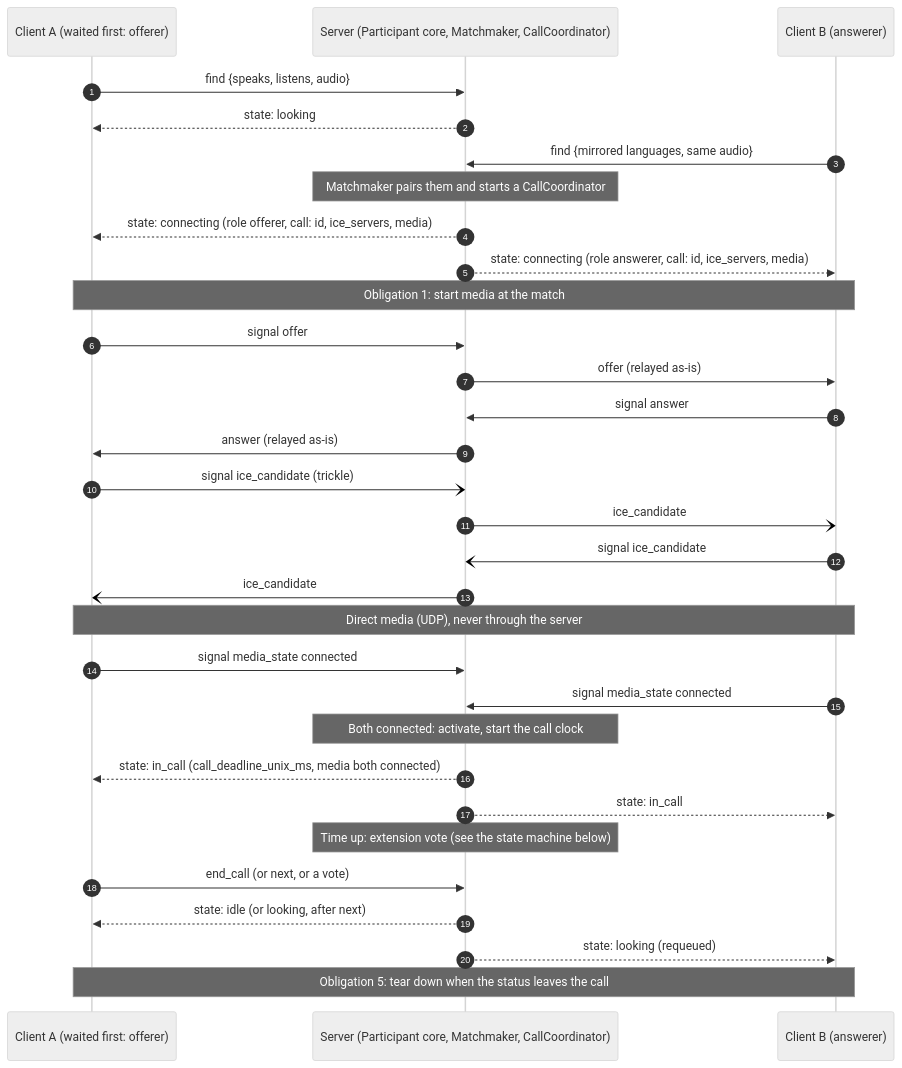
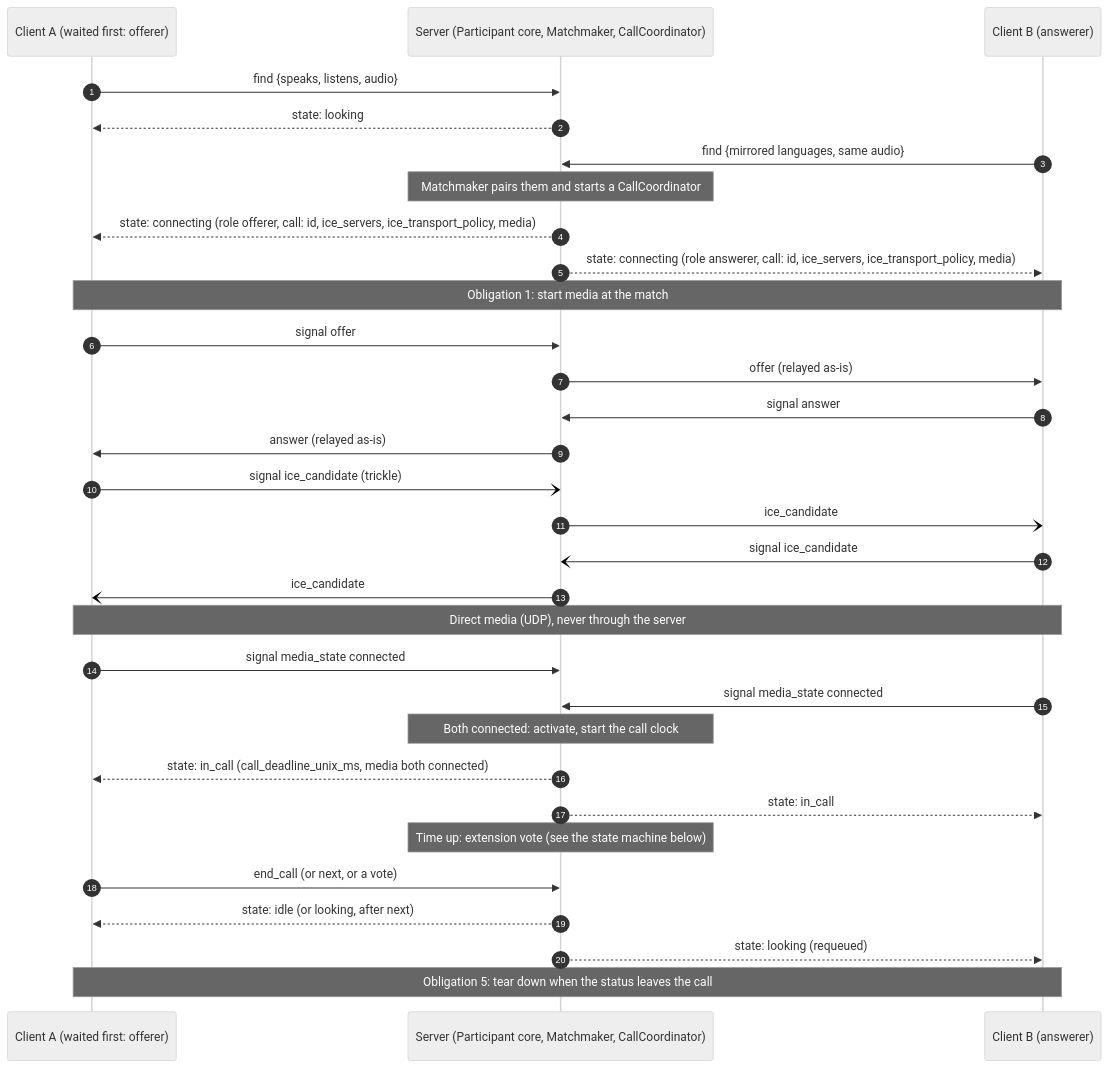
The first of 5 diagrams in docs/architecture/call_flow.md (wasichu/randos), drawn with Mermaid (neutral theme) before and after one commit. The commit also changed other lines of this file and 30 other files, not shown here.

````diff
--- a/docs/architecture/call_flow.md
+++ b/docs/architecture/call_flow.md
@@ -19,37 +19,37 @@
 ```mermaid
 sequenceDiagram
     autonumber
     participant A as Client A (waited first: offerer)
     participant S as Server (Participant core, Matchmaker, CallCoordinator)
     participant B as Client B (answerer)
 
     A->>S: find {speaks, listens, audio}
     S-->>A: state: looking
     B->>S: find {mirrored languages, same audio}
     Note over S: Matchmaker pairs them and starts a CallCoordinator
-    S-->>A: state: connecting (role offerer, call: id, ice_servers, media)
-    S-->>B: state: connecting (role answerer, call: id, ice_servers, media)
+    S-->>A: state: connecting (role offerer, call: id, ice_servers, ice_transport_policy, media)
+    S-->>B: state: connecting (role answerer, call: id, ice_servers, ice_transport_policy, media)
 
     Note over A,B: Obligation 1: start media at the match
     A->>S: signal offer
     S->>B: offer (relayed as-is)
     B->>S: signal answer
     S->>A: answer (relayed as-is)
     A-)S: signal ice_candidate (trickle)
     S-)B: ice_candidate
     B-)S: signal ice_candidate
     S-)A: ice_candidate
 
     Note over A,B: Direct media (UDP), never through the server
     A->>S: signal media_state connected
     B->>S: signal media_state connected
     Note over S: Both connected: activate, start the call clock
     S-->>A: state: in_call (call_deadline_unix_ms, media both connected)
     S-->>B: state: in_call
 
     Note over S: Time up: extension vote (see the state machine below)
     A->>S: end_call (or next, or a vote)
     S-->>A: state: idle (or looking, after next)
     S-->>B: state: looking (requeued)
     Note over A,B: Obligation 5: tear down when the status leaves the call
 ```
````
